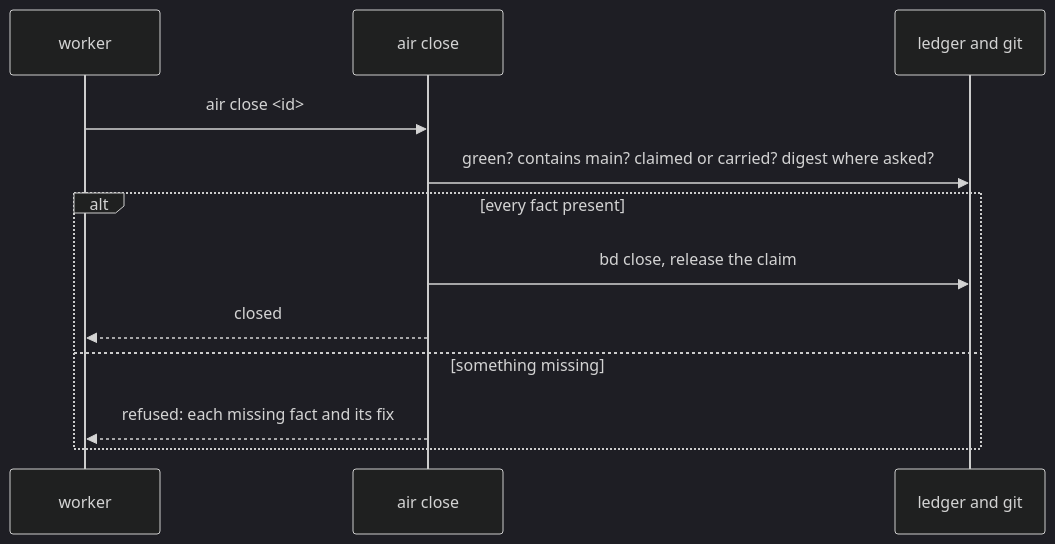
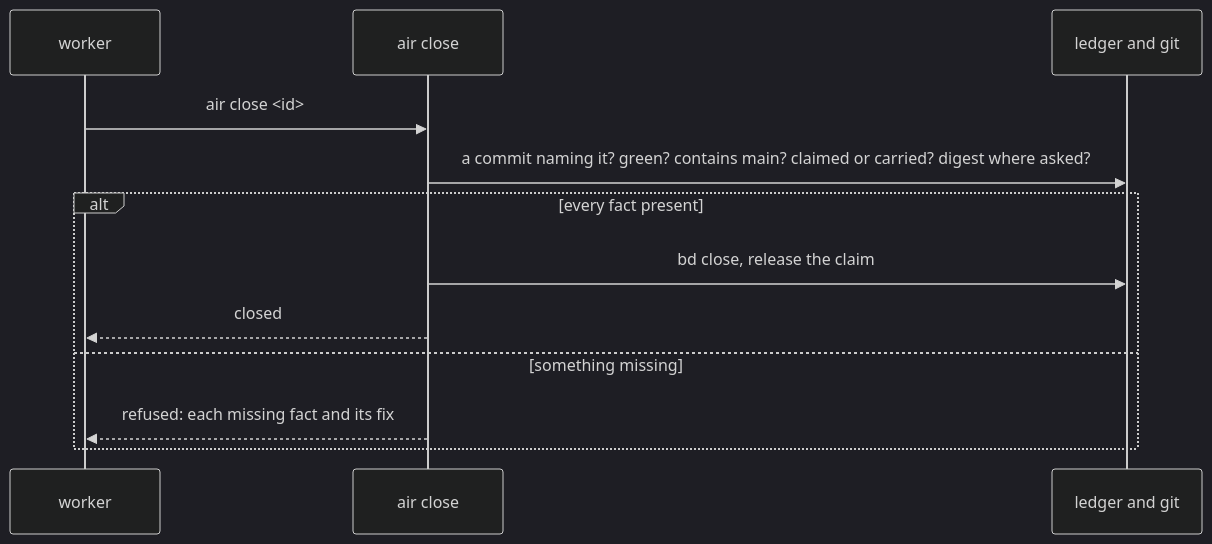
One commit to AJTJ/airunner changed the fifth of 8 diagrams in docs/design.md. Above: the diagram before and after it, drawn with Mermaid (dark theme). The commit also changed other lines of this file and 15 other files, not shown here.

````diff
--- a/docs/design.md
+++ b/docs/design.md
@@ -313,14 +313,14 @@
 ```mermaid
 sequenceDiagram
   participant W as worker
   participant H as air close
   participant F as ledger and git
   W->>H: air close <id>
-  H->>F: green? contains main? claimed or carried? digest where asked?
+  H->>F: a commit naming it? green? contains main? claimed or carried? digest where asked?
   alt every fact present
     H->>F: bd close, release the claim
     H-->>W: closed
   else something missing
     H-->>W: refused: each missing fact and its fix
   end
 ```
````
